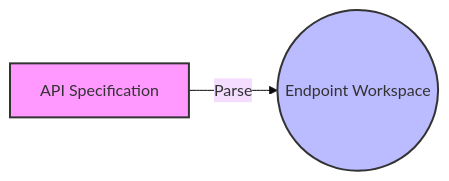
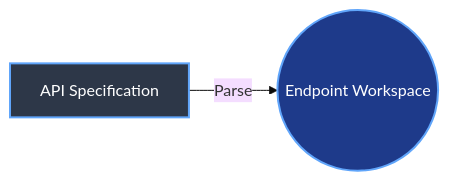
The first of 5 diagrams in docs/pipline/parse.md (budment/budment), drawn with Mermaid (base theme) before and after one commit. The commit also changed other lines of this file and 1 other file, not shown here.

````diff
--- a/docs/pipline/parse.md
+++ b/docs/pipline/parse.md
@@ -5,6 +5,7 @@
 ```mermaid
 flowchart LR
     A[API Specification] -->|Parse| B((Endpoint Workspace))
-    style A fill:#f9f,stroke:#333,stroke-width:2px
-    style B fill:#bbf,stroke:#333,stroke-width:2px
+
+    style A fill:#2d3748,stroke:#60a5fa,stroke-width:2px,color:#ffffff
+    style B fill:#1e3a8a,stroke:#60a5fa,stroke-width:2px,color:#ffffff
 ```
````
